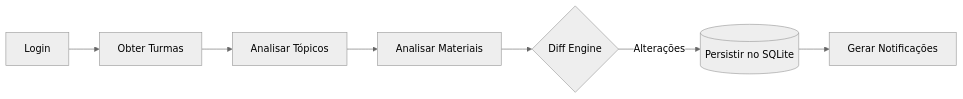
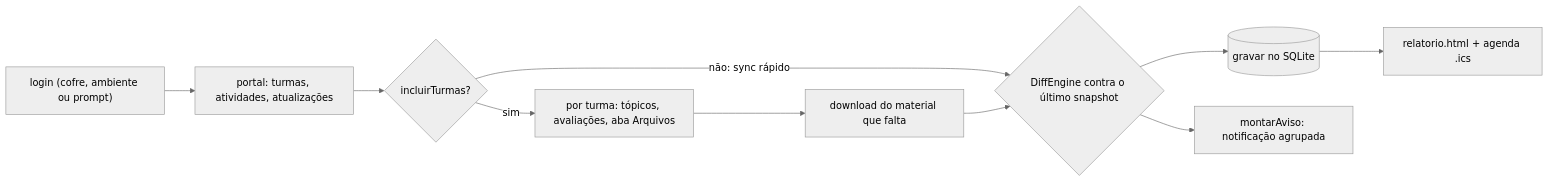
Before and after one commit to matheus-fsc/Sigaa-Desktop-Viewer: the second of 4 diagrams in wiki/Arquitetura.md, drawn with Mermaid (neutral theme). The commit also changed other lines of this file and 8 other files, not shown here.

````diff
--- a/wiki/Arquitetura.md
+++ b/wiki/Arquitetura.md
@@ -69,9 +81,12 @@
 ```mermaid
 flowchart LR
-    A[Login] --> B[Obter Turmas]
-    B --> C[Analisar Tópicos]
-    C --> D[Analisar Materiais]
-    D --> E{Diff Engine}
-    E -->|Alterações| F[(Persistir no SQLite)]
-    F --> G[Gerar Notificações]
+    A["login (cofre, ambiente ou prompt)"] --> B["portal: turmas, atividades, atualizações"]
+    B --> C{"incluirTurmas?"}
+    C -->|"não: sync rápido"| E
+    C -->|sim| D["por turma: tópicos, avaliações, aba Arquivos"]
+    D --> D2["download do material que falta"]
+    D2 --> E{"DiffEngine contra o último snapshot"}
+    E --> F[("gravar no SQLite")]
+    E --> G["montarAviso: notificação agrupada"]
+    F --> H["relatorio.html + agenda .ics"]
 ```
````
